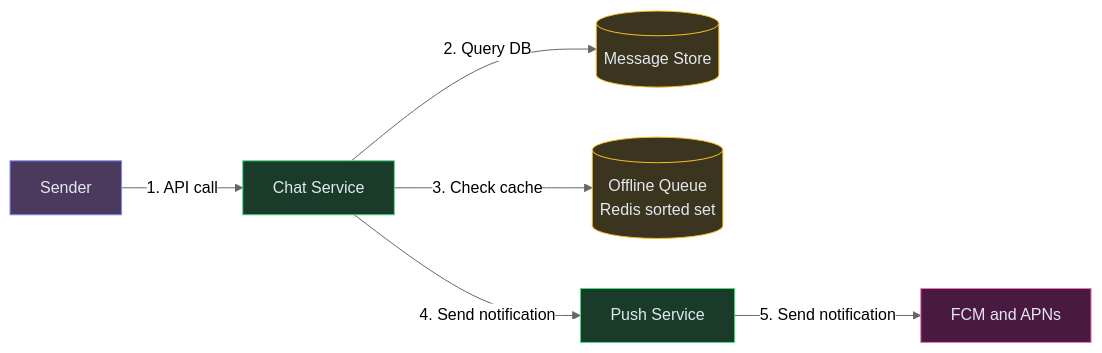
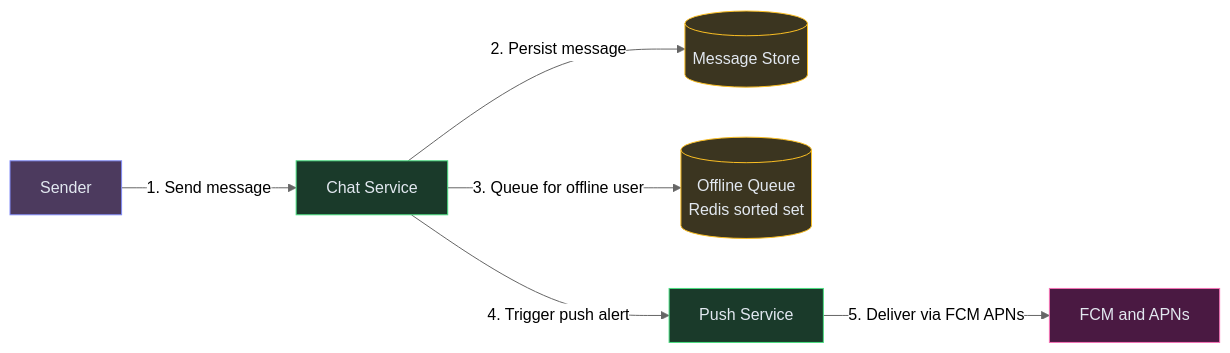
One commit to iluzn/HLD-Designs changed the fourth of 6 diagrams in content/hld/ChatSystem.md. Above: the diagram before and after it, drawn with Mermaid (neutral theme). The commit also changed other lines of this file and 27 other files, not shown here.

````diff
--- a/content/hld/ChatSystem.md
+++ b/content/hld/ChatSystem.md
@@ -231,20 +231,20 @@
 ```mermaid
 flowchart LR
     SENDER["Sender"]:::client
     CHAT["Chat Service"]:::service
     STORE[("Message Store")]:::data
     OFFLINE[("Offline Queue<br/>Redis sorted set")]:::data
     PUSH["Push Service"]:::service
     FCM["FCM and APNs"]:::external
 
-    SENDER -->|"1. API call"| CHAT
-    CHAT -->|"2. Query DB"| STORE
-    CHAT -->|"3. Check cache"| OFFLINE
-    CHAT -->|"4. Send notification"| PUSH
-    PUSH -->|"5. Send notification"| FCM
+    SENDER -->|"1. Send message"| CHAT
+    CHAT -->|"2. Persist message"| STORE
+    CHAT -->|"3. Queue for offline user"| OFFLINE
+    CHAT -->|"4. Trigger push alert"| PUSH
+    PUSH -->|"5. Deliver via FCM APNs"| FCM
 
     classDef client fill:#4c3a5e,stroke:#818cf8,color:#e2e8f0
     classDef service fill:#1a3a2a,stroke:#4ade80,color:#e2e8f0
     classDef data fill:#3b3520,stroke:#fbbf24,color:#e2e8f0
     classDef external fill:#4a1942,stroke:#f472b6,color:#e2e8f0
 ```
````
